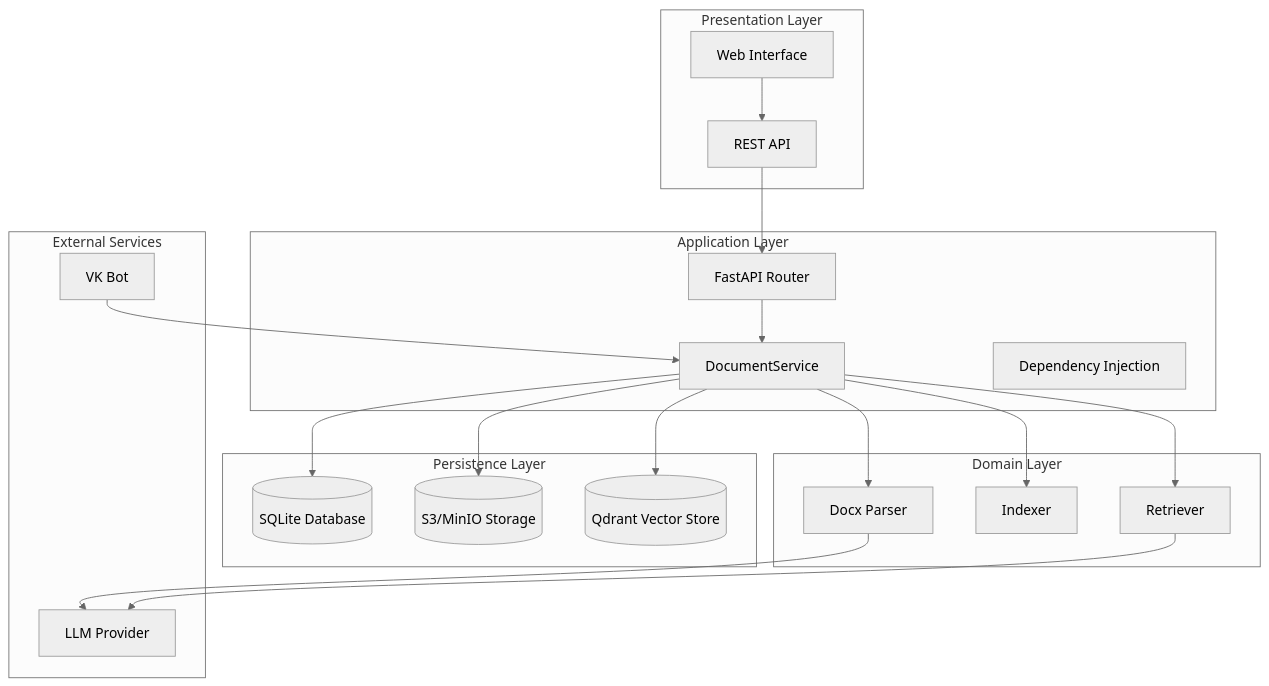
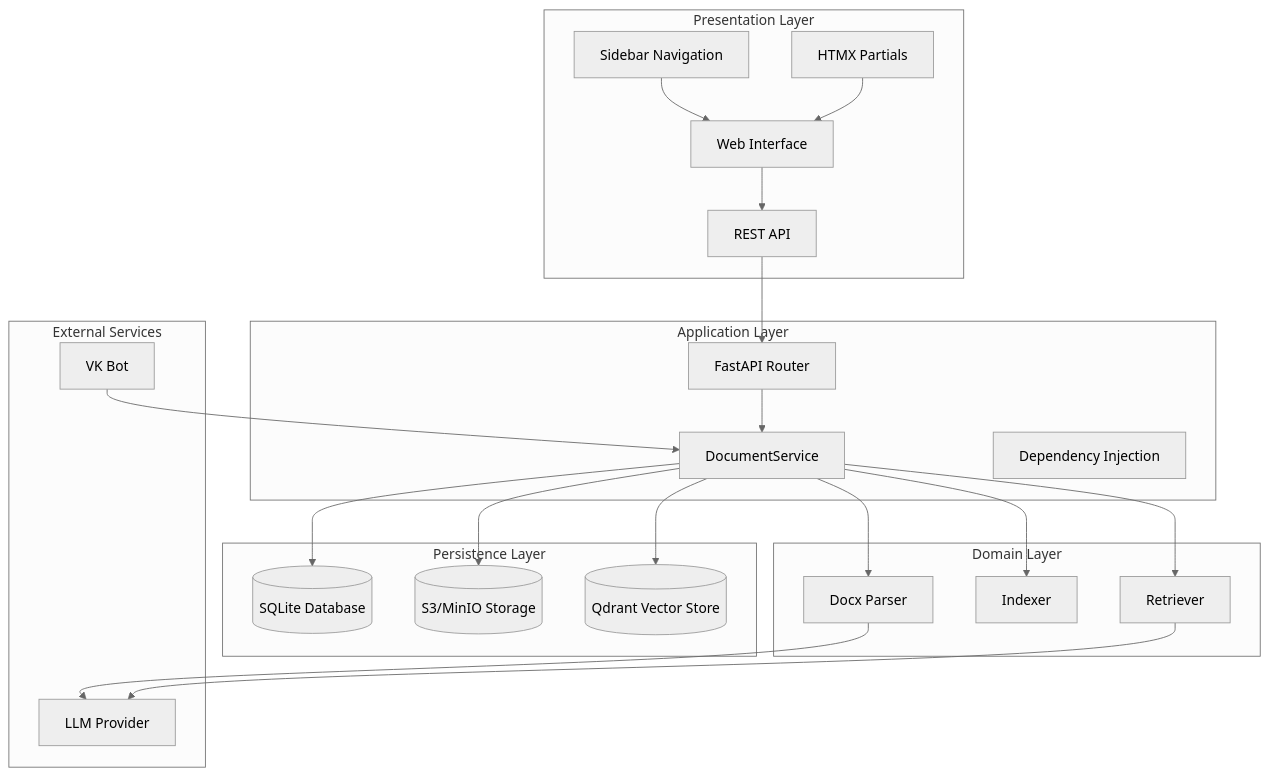
The first of 13 diagrams in .qoder/repowiki/en/content/API Reference/Document Management System.md (ognelis/cafetera_hr_bot), drawn with Mermaid (neutral theme) before and after one commit. The commit also changed other lines of this file and 5 other files, not shown here.

````diff
--- a/.qoder/repowiki/en/content/API Reference/Document Management System.md
+++ b/.qoder/repowiki/en/content/API Reference/Document Management System.md
@@ -53,38 +69,42 @@
 ```mermaid
 graph TB
 subgraph "Presentation Layer"
 UI[Web Interface]
 API[REST API]
+Sidebar[Sidebar Navigation]
+Partial[HTMX Partials]
 end
 subgraph "Application Layer"
 Router[FastAPI Router]
 Service[DocumentService]
 Deps[Dependency Injection]
 end
 subgraph "Domain Layer"
 Parser[Docx Parser]
 Indexer[Indexer]
 Retriever[Retriever]
 end
 subgraph "Persistence Layer"
 SQLite[(SQLite Database)]
 S3[(S3/MinIO Storage)]
 Qdrant[(Qdrant Vector Store)]
 end
 subgraph "External Services"
 LLM[LLM Provider]
 VKBot[VK Bot]
 end
 UI --> API
 API --> Router
 Router --> Service
 Service --> Parser
 Service --> Indexer
 Service --> Retriever
 Service --> SQLite
 Service --> S3
 Service --> Qdrant
 Parser --> LLM
 Retriever --> LLM
 VKBot --> Service
+Sidebar --> UI
+Partial --> UI
 ```
````
